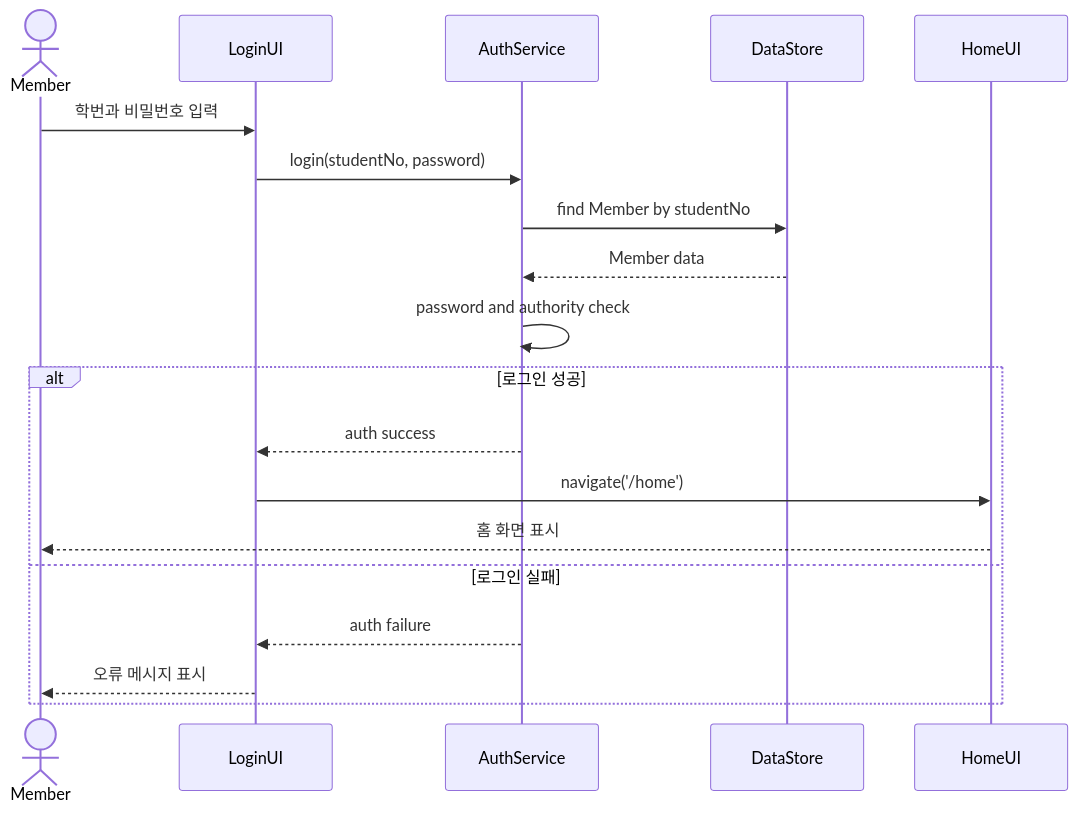
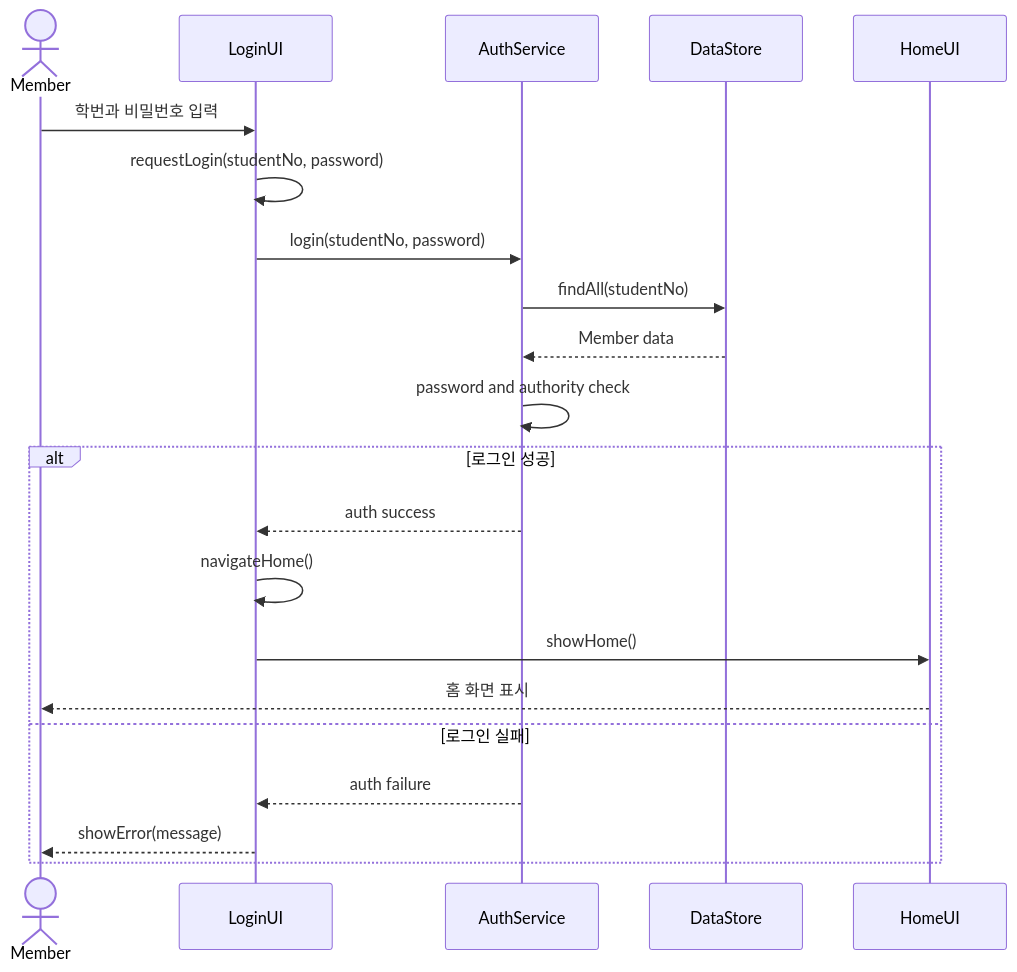
The third of 16 diagrams in Design_22411923_홍주은.md (goldong23/Jo-Yul), drawn with Mermaid before and after one commit. The commit also changed other lines of this file, not shown here.

Commit message:
UML 다이어그램 강의 규칙 반영

````diff
--- a/Design_22411923_홍주은.md
+++ b/Design_22411923_홍주은.md
@@ -284,22 +348,24 @@
 ```mermaid
 sequenceDiagram
     actor Member
     participant LoginUI
     participant AuthService
     participant DataStore
     participant HomeUI
 
     Member->>LoginUI: 학번과 비밀번호 입력
+    LoginUI->>LoginUI: requestLogin(studentNo, password)
     LoginUI->>AuthService: login(studentNo, password)
-    AuthService->>DataStore: find Member by studentNo
+    AuthService->>DataStore: findAll(studentNo)
     DataStore-->>AuthService: Member data
     AuthService->>AuthService: password and authority check
     alt 로그인 성공
         AuthService-->>LoginUI: auth success
-        LoginUI->>HomeUI: navigate('/home')
+        LoginUI->>LoginUI: navigateHome()
+        LoginUI->>HomeUI: showHome()
         HomeUI-->>Member: 홈 화면 표시
     else 로그인 실패
         AuthService-->>LoginUI: auth failure
-        LoginUI-->>Member: 오류 메시지 표시
+        LoginUI-->>Member: showError(message)
     end
 ```
````
